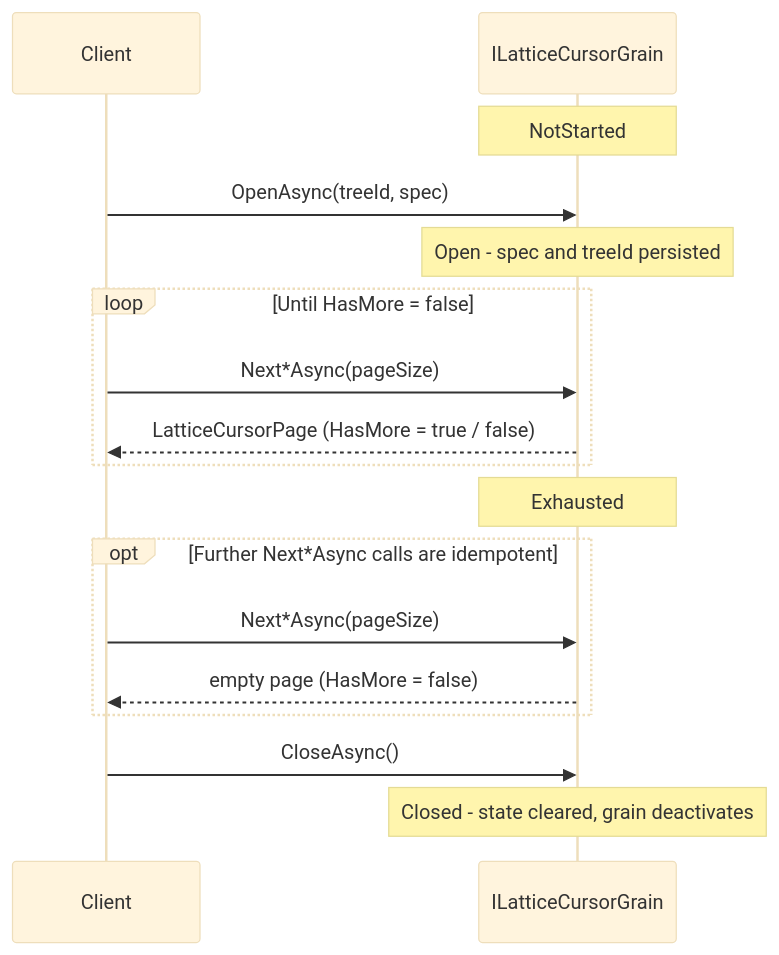
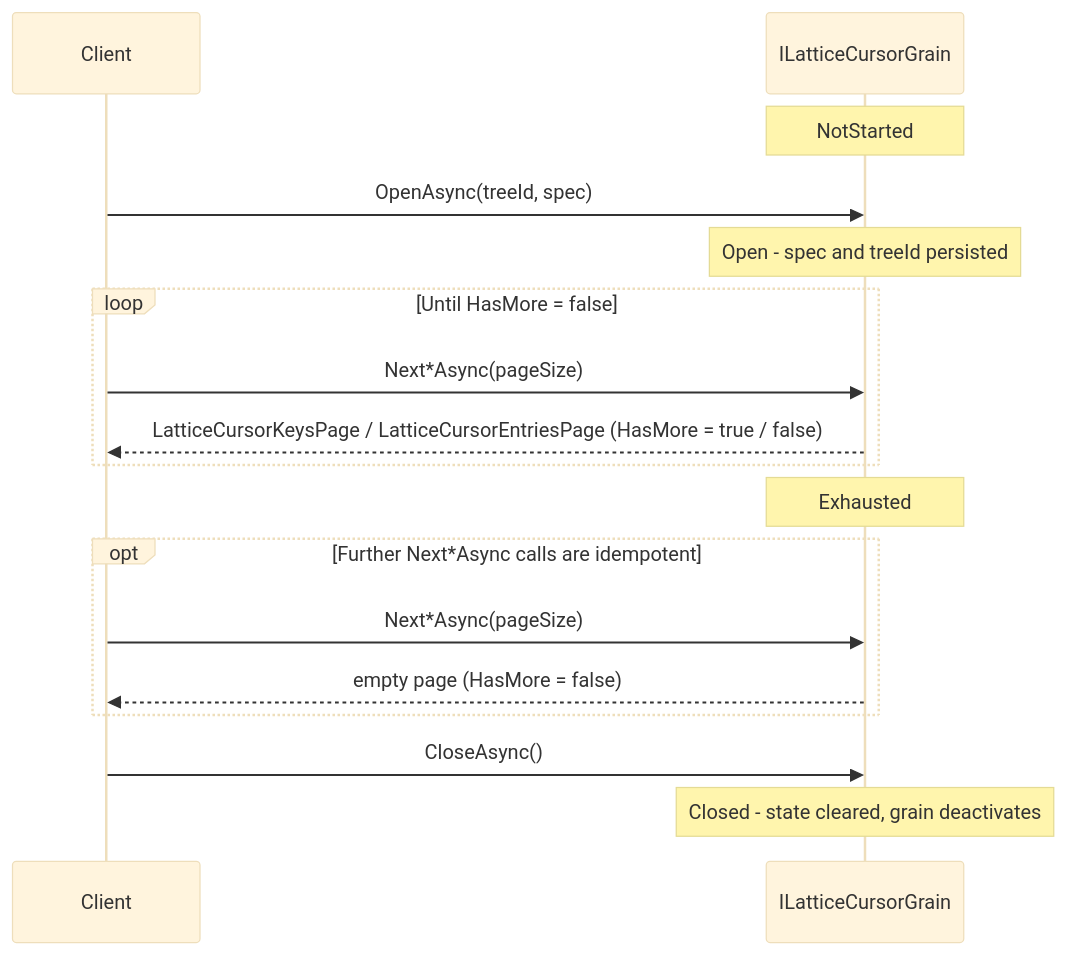
Before and after one commit to NSTA1/Orleans.Lattice: the second of 4 diagrams in docs/lattice/durable-cursors.md, drawn with Mermaid (base theme). The commit also changed other lines of this file and 514 other files, not shown here.

````diff
--- a/docs/lattice/durable-cursors.md
+++ b/docs/lattice/durable-cursors.md
@@ -78,25 +80,25 @@
 ```mermaid
 sequenceDiagram
     participant C as Client
     participant G as ILatticeCursorGrain
 
     Note over G: NotStarted
 
     C->>G: OpenAsync(treeId, spec)
     Note over G: Open - spec and treeId persisted
 
     loop Until HasMore = false
         C->>G: Next*Async(pageSize)
-        G-->>C: LatticeCursorPage (HasMore = true / false)
+        G-->>C: LatticeCursorKeysPage / LatticeCursorEntriesPage (HasMore = true / false)
     end
 
     Note over G: Exhausted
 
     opt Further Next*Async calls are idempotent
         C->>G: Next*Async(pageSize)
         G-->>C: empty page (HasMore = false)
     end
 
     C->>G: CloseAsync()
     Note over G: Closed - state cleared, grain deactivates
 ```
````
